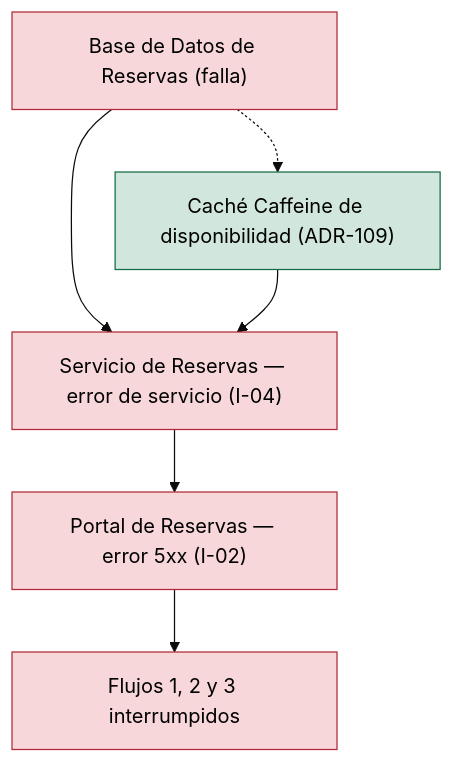
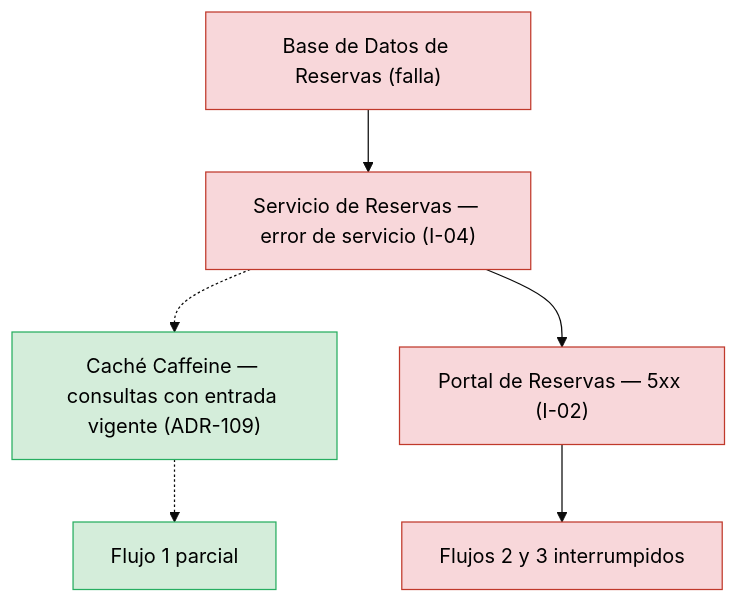
The second of 3 diagrams in analysis/BLAST-RADIUS-2026-11-03.md (shadowX4fox/northwind-reservas), drawn with Mermaid (base theme) before and after one commit. The commit also changed other lines of this file and 7 other files, not shown here.

````diff
--- a/analysis/BLAST-RADIUS-2026-11-03.md
+++ b/analysis/BLAST-RADIUS-2026-11-03.md
@@ -57,15 +59,16 @@
 ```mermaid
 flowchart TB
-  DB["Base de Datos de Reservas (falla)"]:::cascading
-  SVC["Servicio de Reservas — error de servicio (I-04)"]:::cascading
-  CACHE["Caché Caffeine de disponibilidad (ADR-109)"]:::contained
-  PORTAL["Portal de Reservas — error 5xx (I-02)"]:::cascading
-  F["Flujos 1, 2 y 3 interrumpidos"]:::cascading
-  DB --> SVC
-  DB -.-> CACHE
-  CACHE --> SVC
-  SVC --> PORTAL
-  PORTAL --> F
-  classDef cascading fill:#f8d7da,stroke:#b02a37,color:#000
-  classDef contained fill:#d1e7dd,stroke:#146c43,color:#000
+    DB["Base de Datos de Reservas (falla)"]:::cascading
+    SVC["Servicio de Reservas — error de servicio (I-04)"]:::cascading
+    CACHE["Caché Caffeine — consultas con entrada vigente (ADR-109)"]:::contained
+    PORTAL["Portal de Reservas — 5xx (I-02)"]:::cascading
+    F1["Flujo 1 parcial"]:::contained
+    F23["Flujos 2 y 3 interrumpidos"]:::cascading
+    DB --> SVC
+    SVC -.-> CACHE
+    CACHE -.-> F1
+    SVC --> PORTAL
+    PORTAL --> F23
+    classDef cascading fill:#f8d7da,stroke:#c0392b,color:#000
+    classDef contained fill:#d4edda,stroke:#27ae60,color:#000
 ```
````
